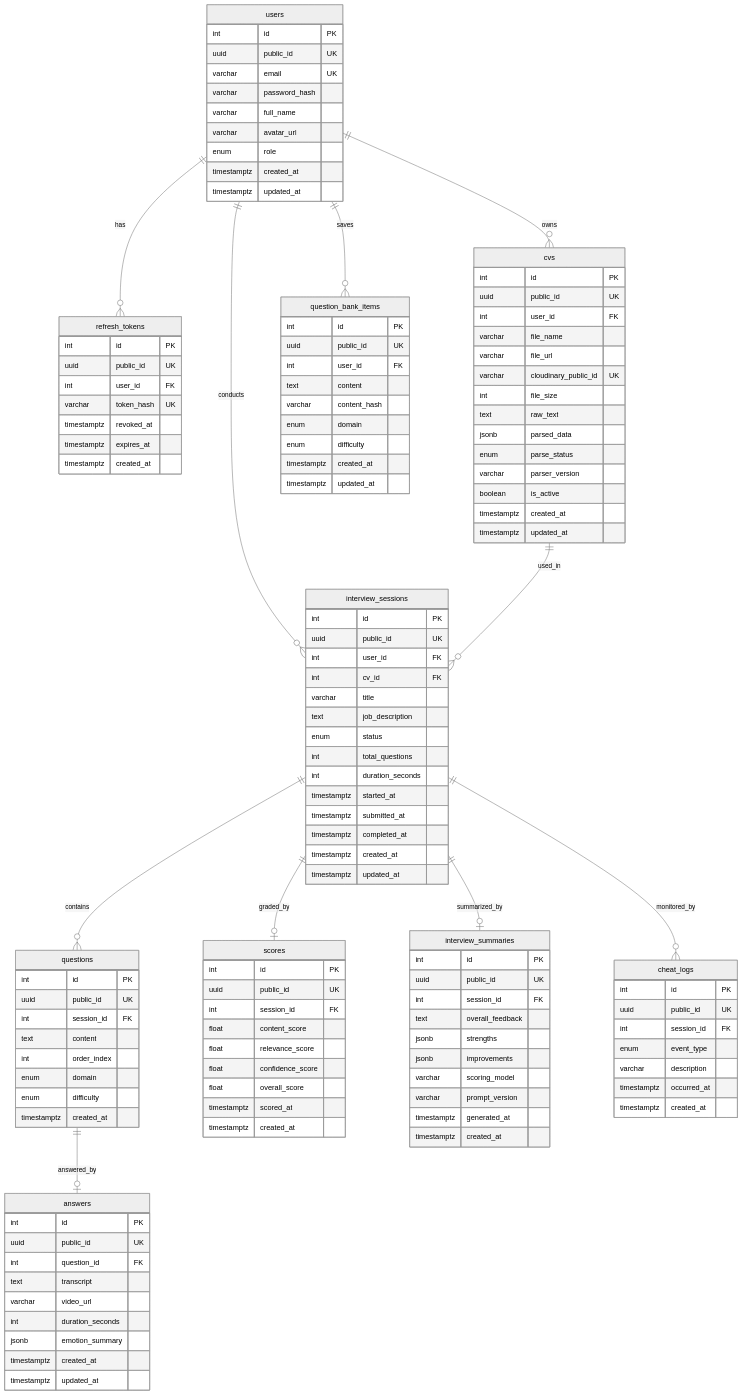
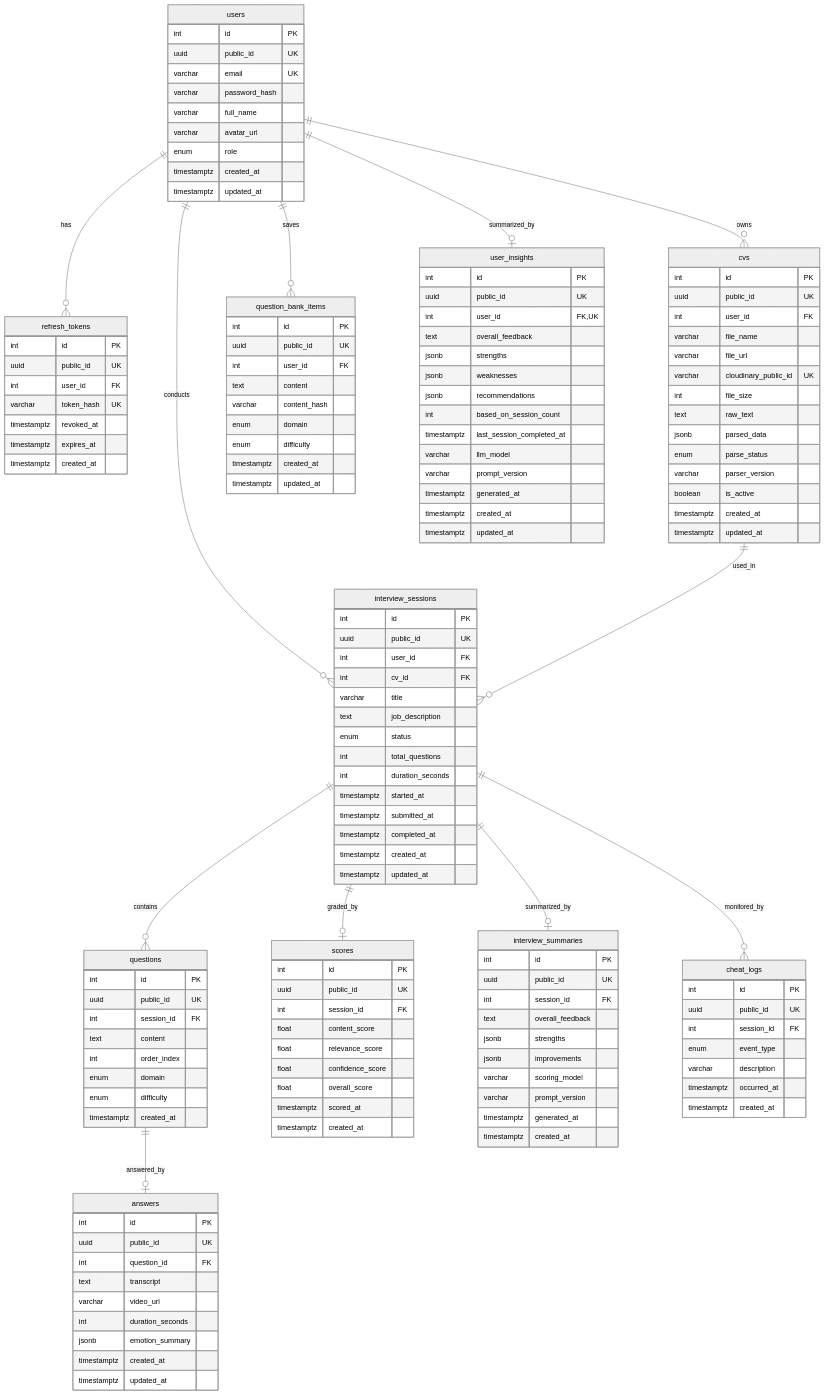
Before and after one commit to hoanghaoz/SE347-InterviewIQ-Backend: the diagram in docs/database-schema.md, drawn with Mermaid (neutral theme). The commit also changed other lines of this file and 1 other file, not shown here.

Commit message:
docs(interview-history): document history insight api and user insights table

````diff
--- a/docs/database-schema.md
+++ b/docs/database-schema.md
@@ -33,6 +33,7 @@
     users ||--o{ cvs : "owns"
     users ||--o{ interview_sessions : "conducts"
     users ||--o{ question_bank_items : "saves"
+    users ||--o| user_insights : "summarized_by"
     cvs ||--o{ interview_sessions : "used_in"
     interview_sessions ||--o{ questions : "contains"
     interview_sessions ||--o| scores : "graded_by"
@@ -165,4 +166,21 @@
         timestamptz created_at
         timestamptz updated_at
     }
+
+    user_insights {
+        int id PK
+        uuid public_id UK
+        int user_id FK,UK
+        text overall_feedback
+        jsonb strengths
+        jsonb weaknesses
+        jsonb recommendations
+        int based_on_session_count
+        timestamptz last_session_completed_at
+        varchar llm_model
+        varchar prompt_version
+        timestamptz generated_at
+        timestamptz created_at
+        timestamptz updated_at
+    }
 ```
````
